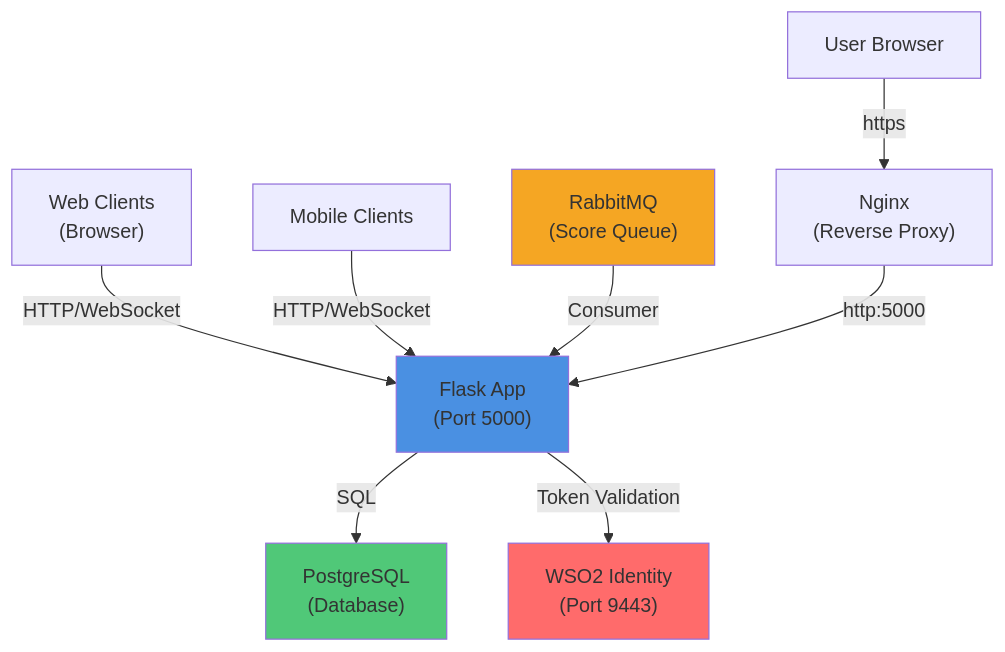
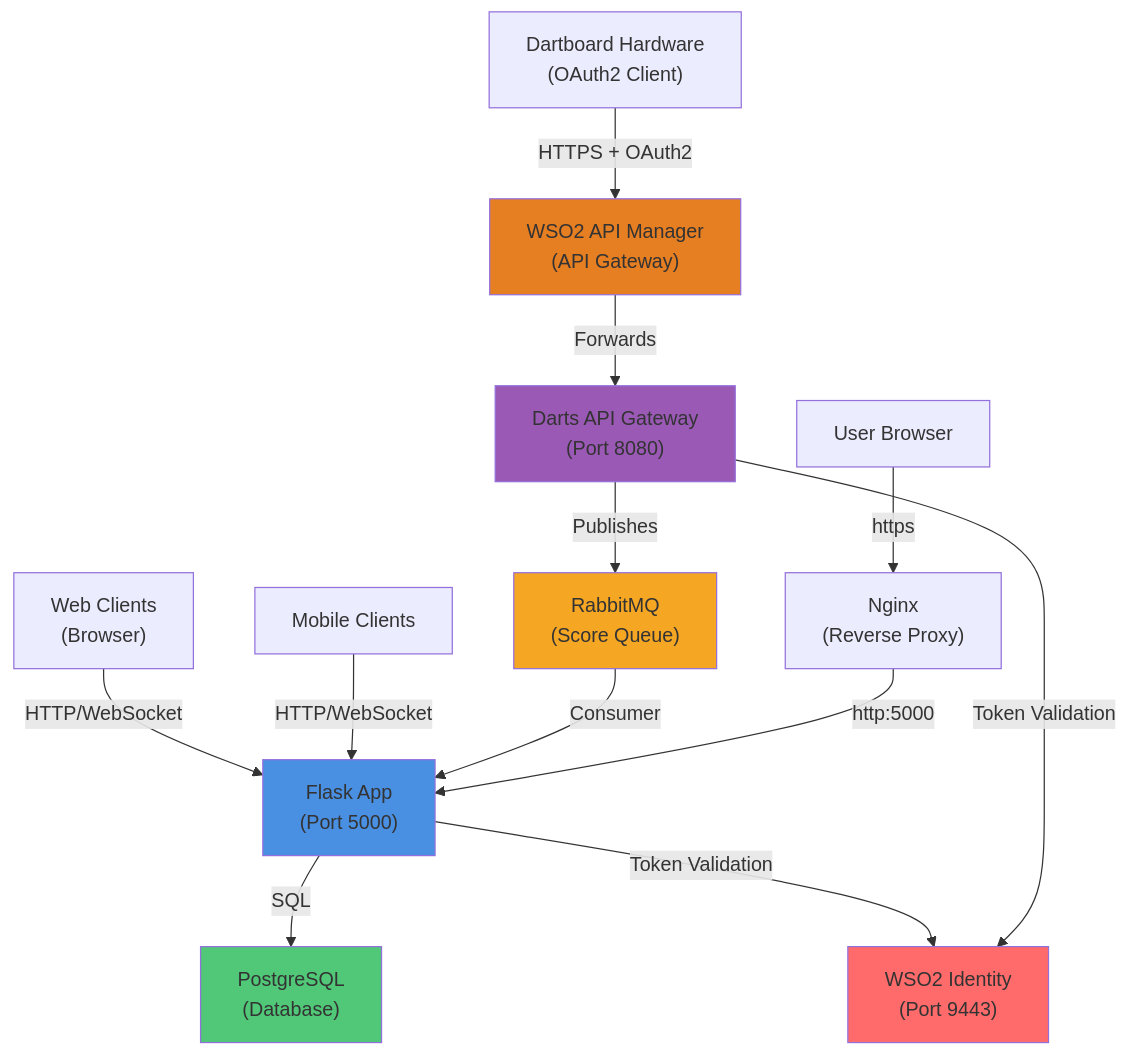
The first of 12 diagrams in doc/ARCHITECTURE.md (dgroen/dartserver-pythonapp), drawn with Mermaid before and after one commit. The commit also changed other lines of this file and 4 other files, not shown here.

````diff
--- a/doc/ARCHITECTURE.md
+++ b/doc/ARCHITECTURE.md
@@ -7,24 +7,36 @@
 ```mermaid
 graph TB
+    Dartboards["Dartboard Hardware<br/>(OAuth2 Client)"]
     Client["Web Clients<br/>(Browser)"]
     Mobile["Mobile Clients"]
+    
+    WSO2_APIM["WSO2 API Manager<br/>(API Gateway)"]
+    API_Gateway["Darts API Gateway<br/>(Port 8080)"]
+    
     RMQ["RabbitMQ<br/>(Score Queue)"]
-
+    
+    Dartboards -->|HTTPS + OAuth2| WSO2_APIM
     Client -->|HTTP/WebSocket| Flask["Flask App<br/>(Port 5000)"]
     Mobile -->|HTTP/WebSocket| Flask
+    
+    WSO2_APIM -->|Forwards| API_Gateway
+    API_Gateway -->|Publishes| RMQ
     RMQ -->|Consumer| Flask
 
     Flask -->|SQL| DB["PostgreSQL<br/>(Database)"]
-    Flask -->|Token Validation| WSO2["WSO2 Identity<br/>(Port 9443)"]
+    Flask -->|Token Validation| WSO2_IS["WSO2 Identity<br/>(Port 9443)"]
+    API_Gateway -->|Token Validation| WSO2_IS
 
     Nginx["Nginx<br/>(Reverse Proxy)"]
     Nginx -->|http:5000| Flask
 
     Browser["User Browser"]
     Browser -->|https| Nginx
 
     style Flask fill:#4A90E2
+    style API_Gateway fill:#9B59B6
     style DB fill:#50C878
-    style WSO2 fill:#FF6B6B
+    style WSO2_IS fill:#FF6B6B
+    style WSO2_APIM fill:#E67E22
     style RMQ fill:#F5A623
 ```
````
